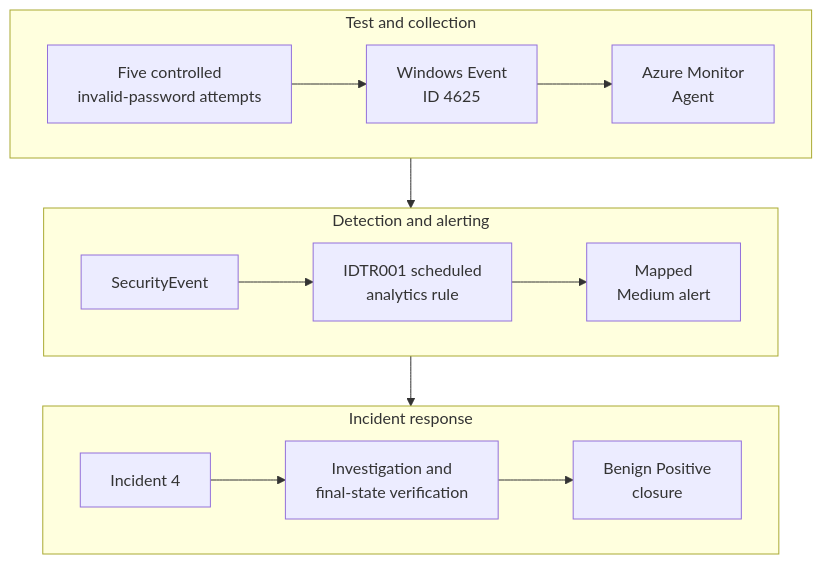
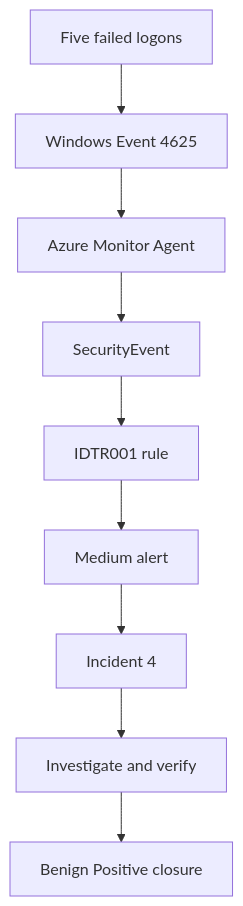
The diagram in docs/Password-Spray-Detection.md (danielbeltran26/microsoft-identity-threat-detection-response), drawn with Mermaid before and after one commit. The commit also changed 6 other files, not shown here.

Commit message:
Improve diagram readability and embed detection evidence

````diff
--- a/docs/Password-Spray-Detection.md
+++ b/docs/Password-Spray-Detection.md
@@ -32,23 +32,11 @@
 ```mermaid
 flowchart TB
-    subgraph SOURCE["Test and collection"]
-        direction LR
-        TEST["Five controlled<br/>invalid-password attempts"] --> EVT["Windows Event<br/>ID 4625"]
-        EVT --> AMA["Azure Monitor<br/>Agent"]
-    end
-
-    subgraph DETECTION["Detection and alerting"]
-        direction LR
-        SE["SecurityEvent"] --> RULE["IDTR001 scheduled<br/>analytics rule"]
-        RULE --> ALERT["Mapped<br/>Medium alert"]
-    end
-
-    subgraph RESPONSE["Incident response"]
-        direction LR
-        INC["Incident 4"] --> VERIFY["Investigation and<br/>final-state verification"]
-        VERIFY --> CLOSE["Benign Positive<br/>closure"]
-    end
-
-    AMA --> SE
-    ALERT --> INC
+    TEST["Five failed logons"] --> EVENT["Windows Event 4625"]
+    EVENT --> AMA["Azure Monitor Agent"]
+    AMA --> DATA["SecurityEvent"]
+    DATA --> RULE["IDTR001 rule"]
+    RULE --> ALERT["Medium alert"]
+    ALERT --> INC["Incident 4"]
+    INC --> VERIFY["Investigate and verify"]
+    VERIFY --> CLOSE["Benign Positive closure"]
 ```
````
